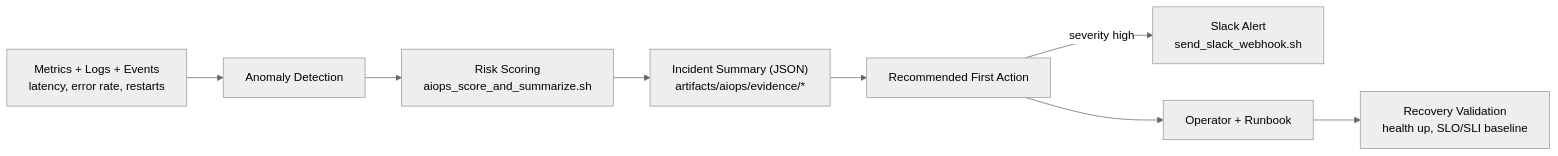
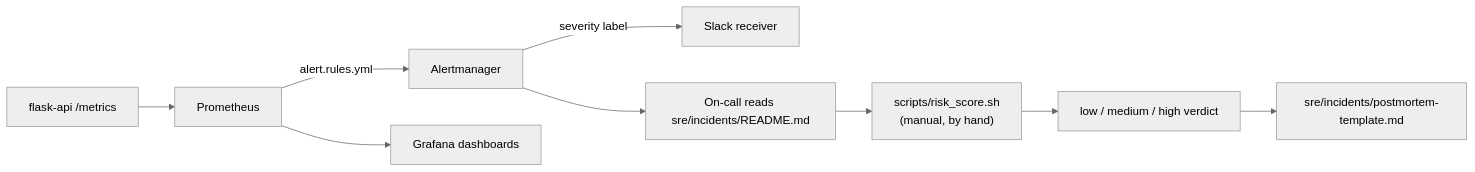
Before and after one commit to Here2ServeU/express-reliability-platform-course: the first of 2 diagrams in express-reliability-platform-v07/README.md, drawn with Mermaid (neutral theme). The commit also changed other lines of this file, not shown here.

````diff
--- a/express-reliability-platform-v07/README.md
+++ b/express-reliability-platform-v07/README.md
@@ -97,10 +426,11 @@
 ```mermaid
 flowchart LR
-    Signals[Metrics + Logs + Events<br/>latency, error rate, restarts] --> Detect[Anomaly Detection]
-    Detect --> Score["Risk Scoring<br/>aiops_score_and_summarize.sh"]
-    Score --> Summary["Incident Summary (JSON)<br/>artifacts/aiops/evidence/*"]
-    Summary --> Action[Recommended First Action]
-    Action -->|severity high| Slack["Slack Alert<br/>send_slack_webhook.sh"]
-    Action --> Ops[Operator + Runbook]
-    Ops --> Validate[Recovery Validation<br/>health up, SLO/SLI baseline]
+    Metrics[flask-api /metrics] --> Prom[Prometheus]
+    Prom -->|alert.rules.yml| AM[Alertmanager]
+    AM -->|severity label| Slack[Slack receiver]
+    Prom --> Grafana[Grafana dashboards]
+    AM --> Human[On-call reads sre/incidents/README.md]
+    Human --> Score["scripts/risk_score.sh<br/>(manual, by hand)"]
+    Score --> Action[low / medium / high verdict]
+    Action --> Postmortem[sre/incidents/postmortem-template.md]
 ```
````
